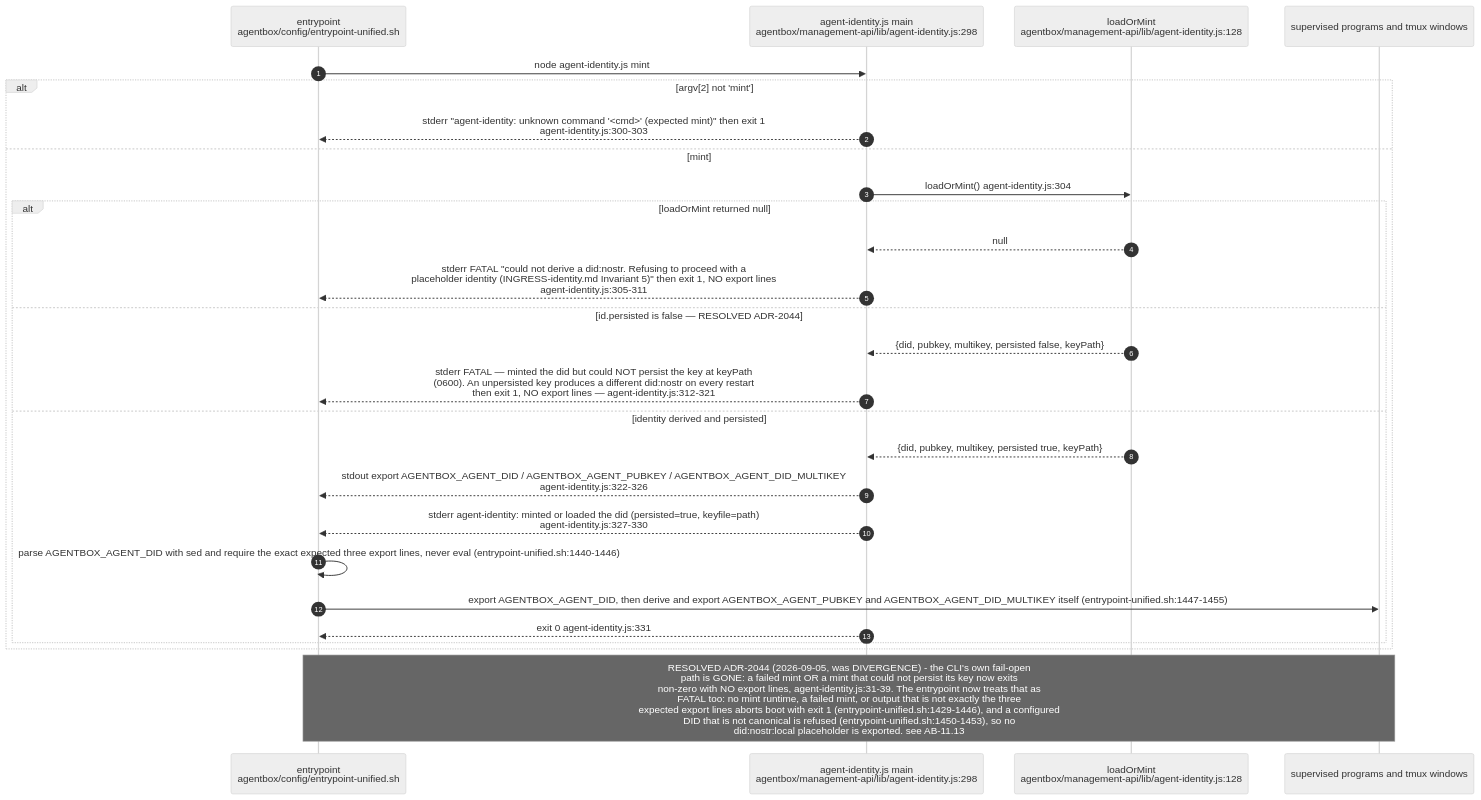
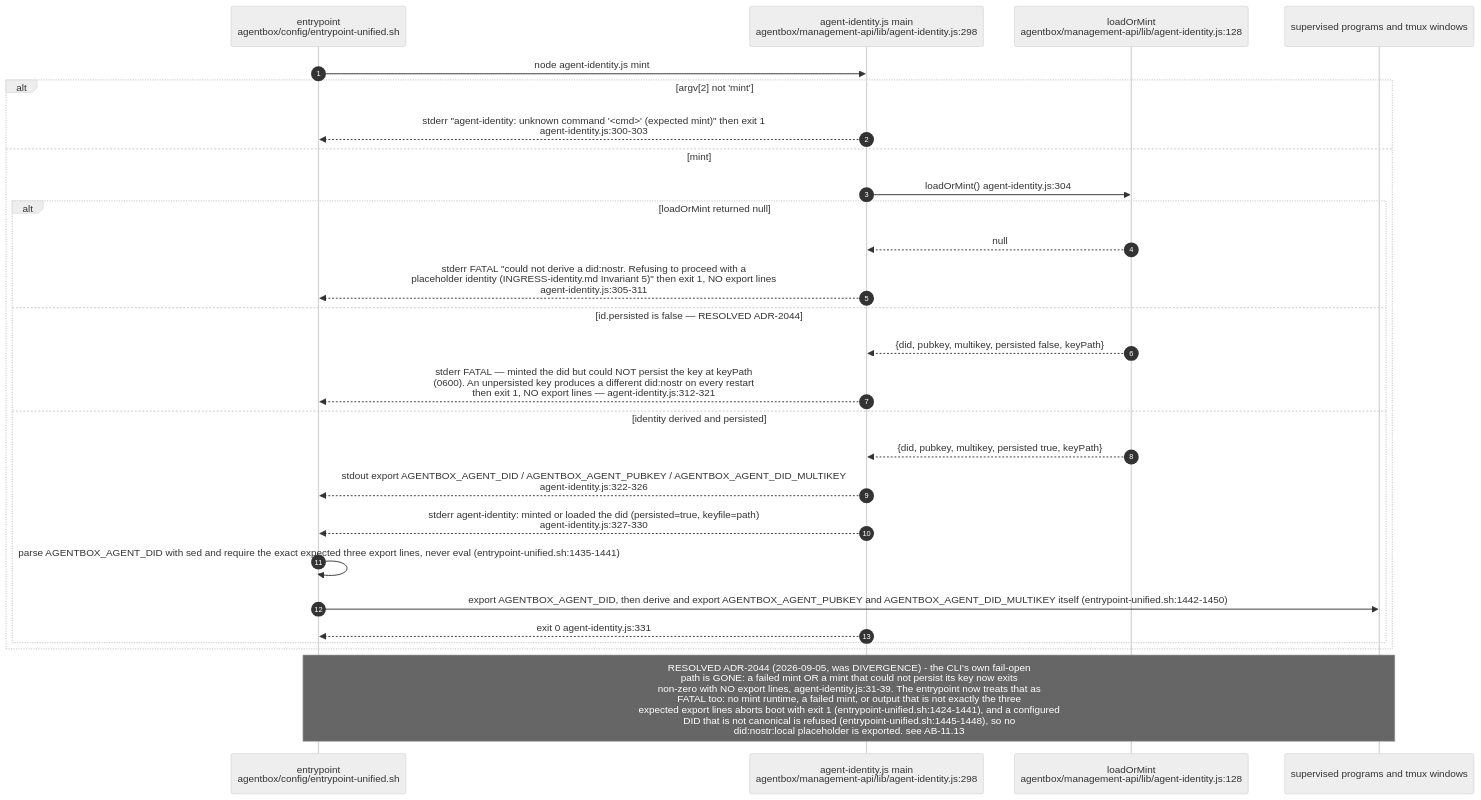
One commit to DreamLab-AI/VisionFlow changed the third of 16 diagrams in docs/diagrams/agentbox/11-identity-did-mandate-authority.md. Above: the diagram before and after it, drawn with Mermaid (neutral theme). The commit also changed other lines of this file and 9 other files, not shown here.

Commit message:
docs: align management, adapter and identity diagrams (#35)

````diff
--- a/docs/diagrams/agentbox/11-identity-did-mandate-authority.md
+++ b/docs/diagrams/agentbox/11-identity-did-mandate-authority.md
@@ -160,30 +160,30 @@
 ```mermaid
 sequenceDiagram
     autonumber
     participant EP as entrypoint<br/>agentbox/config/entrypoint-unified.sh
     participant CLI as agent-identity.js main<br/>agentbox/management-api/lib/agent-identity.js:298
     participant LM as loadOrMint<br/>agentbox/management-api/lib/agent-identity.js:128
     participant SHELL as supervised programs and tmux windows
 
     EP->>CLI: node agent-identity.js mint
     alt argv[2] not 'mint'
         CLI-->>EP: stderr "agent-identity: unknown command '<cmd>' (expected mint)" then exit 1<br/>agent-identity.js:300-303
     else mint
         CLI->>LM: loadOrMint() agent-identity.js:304
         alt loadOrMint returned null
             LM-->>CLI: null
             CLI-->>EP: stderr FATAL "could not derive a did:nostr. Refusing to proceed with a<br/>placeholder identity (INGRESS-identity.md Invariant 5)" then exit 1, NO export lines<br/>agent-identity.js:305-311
         else id.persisted is false — RESOLVED ADR-2044
             LM-->>CLI: {did, pubkey, multikey, persisted false, keyPath}
             CLI-->>EP: stderr FATAL — minted the did but could NOT persist the key at keyPath<br/>(0600). An unpersisted key produces a different did:nostr on every restart<br/>then exit 1, NO export lines — agent-identity.js:312-321
         else identity derived and persisted
             LM-->>CLI: {did, pubkey, multikey, persisted true, keyPath}
             CLI-->>EP: stdout export AGENTBOX_AGENT_DID / AGENTBOX_AGENT_PUBKEY / AGENTBOX_AGENT_DID_MULTIKEY<br/>agent-identity.js:322-326
             CLI-->>EP: stderr agent-identity: minted or loaded the did (persisted=true, keyfile=path)<br/>agent-identity.js:327-330
-            EP->>EP: parse AGENTBOX_AGENT_DID with sed and require the exact expected three export lines, never eval (entrypoint-unified.sh:1440-1446)
-            EP->>SHELL: export AGENTBOX_AGENT_DID, then derive and export AGENTBOX_AGENT_PUBKEY and AGENTBOX_AGENT_DID_MULTIKEY itself (entrypoint-unified.sh:1447-1455)
+            EP->>EP: parse AGENTBOX_AGENT_DID with sed and require the exact expected three export lines, never eval (entrypoint-unified.sh:1435-1441)
+            EP->>SHELL: export AGENTBOX_AGENT_DID, then derive and export AGENTBOX_AGENT_PUBKEY and AGENTBOX_AGENT_DID_MULTIKEY itself (entrypoint-unified.sh:1442-1450)
             CLI-->>EP: exit 0 agent-identity.js:331
         end
     end
-    Note over EP,SHELL: RESOLVED ADR-2044 (2026-09-05, was DIVERGENCE) - the CLI's own fail-open<br/>path is GONE: a failed mint OR a mint that could not persist its key now exits<br/>non-zero with NO export lines, agent-identity.js:31-39. The entrypoint now treats that as<br/>FATAL too: no mint runtime, a failed mint, or output that is not exactly the three<br/>expected export lines aborts boot with exit 1 (entrypoint-unified.sh:1429-1446), and a configured<br/>DID that is not canonical is refused (entrypoint-unified.sh:1450-1453), so no<br/>did:nostr:local placeholder is exported. see AB-11.13
+    Note over EP,SHELL: RESOLVED ADR-2044 (2026-09-05, was DIVERGENCE) - the CLI's own fail-open<br/>path is GONE: a failed mint OR a mint that could not persist its key now exits<br/>non-zero with NO export lines, agent-identity.js:31-39. The entrypoint now treats that as<br/>FATAL too: no mint runtime, a failed mint, or output that is not exactly the three<br/>expected export lines aborts boot with exit 1 (entrypoint-unified.sh:1424-1441), and a configured<br/>DID that is not canonical is refused (entrypoint-unified.sh:1445-1448), so no<br/>did:nostr:local placeholder is exported. see AB-11.13
 ```
````
